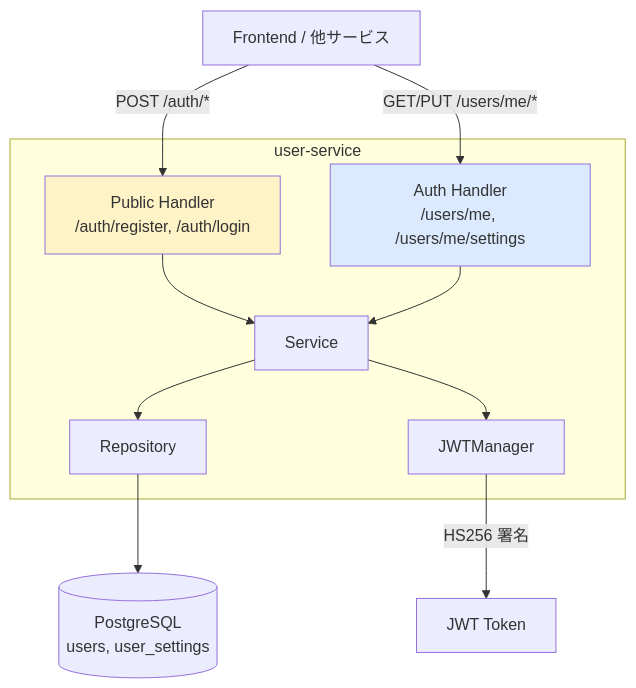
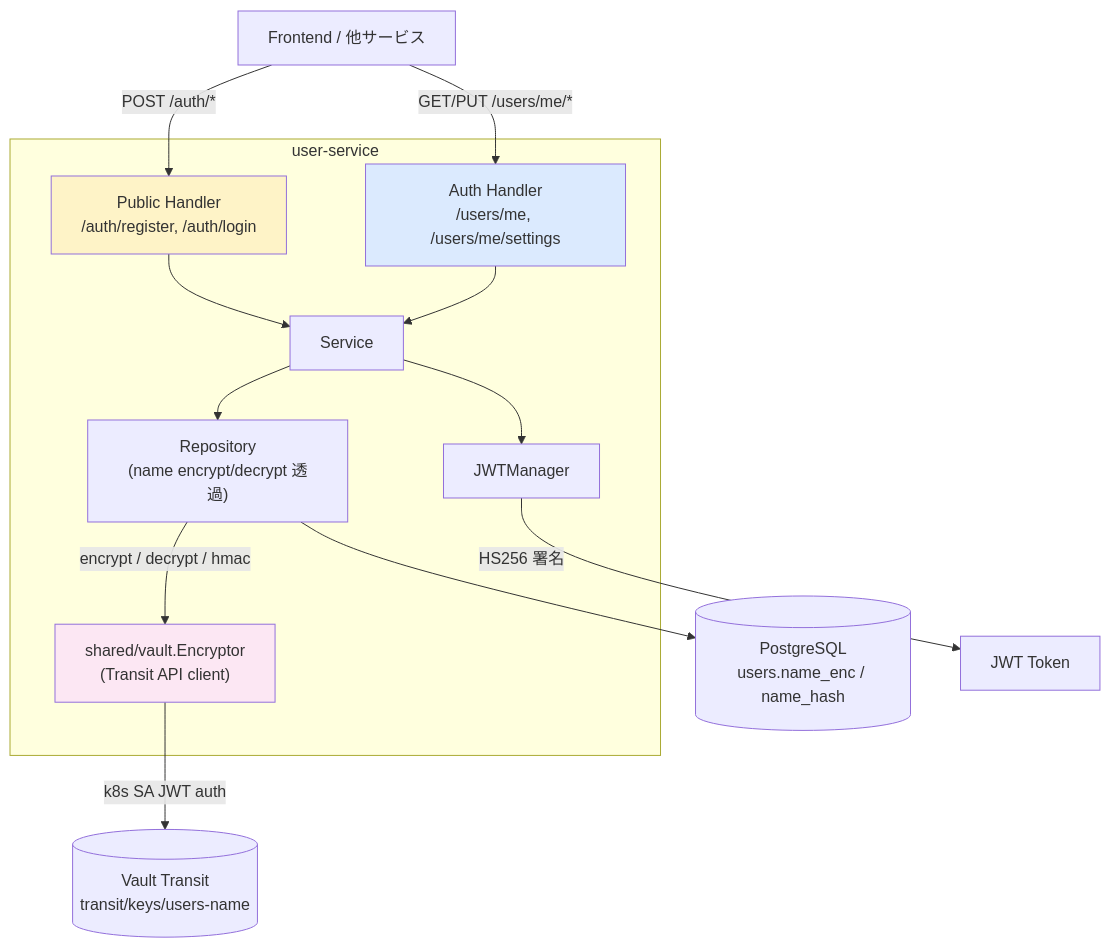
The first of 3 diagrams in apps/kensan/backend/services/user/ARCHITECTURE.md (yu-min3/kensan-lab), drawn with Mermaid before and after one commit. The commit also changed other lines of this file and 9 other files, not shown here.

Commit message:
feat(user-service): users.name を Vault Transit で透過暗号化 (#285)

````diff
--- a/apps/kensan/backend/services/user/ARCHITECTURE.md
+++ b/apps/kensan/backend/services/user/ARCHITECTURE.md
@@ -25,22 +25,26 @@
 ```mermaid
 graph TB
     subgraph user-service
         PubH["Public Handler<br/>/auth/register, /auth/login"]
         AuthH["Auth Handler<br/>/users/me, /users/me/settings"]
         Svc["Service"]
-        Repo["Repository"]
+        Repo["Repository<br/>(name encrypt/decrypt 透過)"]
         JWT["JWTManager"]
+        VEnc["shared/vault.Encryptor<br/>(Transit API client)"]
     end
 
     Client["Frontend / 他サービス"] -->|"POST /auth/*"| PubH
     Client -->|"GET/PUT /users/me/*"| AuthH
     PubH --> Svc
     AuthH --> Svc
     Svc --> Repo
     Svc --> JWT
-    Repo --> DB[(PostgreSQL<br/>users, user_settings)]
+    Repo --> DB[(PostgreSQL<br/>users.name_enc / name_hash)]
+    Repo -->|"encrypt / decrypt / hmac"| VEnc
+    VEnc -->|"k8s SA JWT auth"| Vault[(Vault Transit<br/>transit/keys/users-name)]
     JWT -->|"HS256 署名"| Token["JWT Token"]
 
     style PubH fill:#fef3c7
     style AuthH fill:#dbeafe
+    style VEnc fill:#fce7f3
 ```
````
